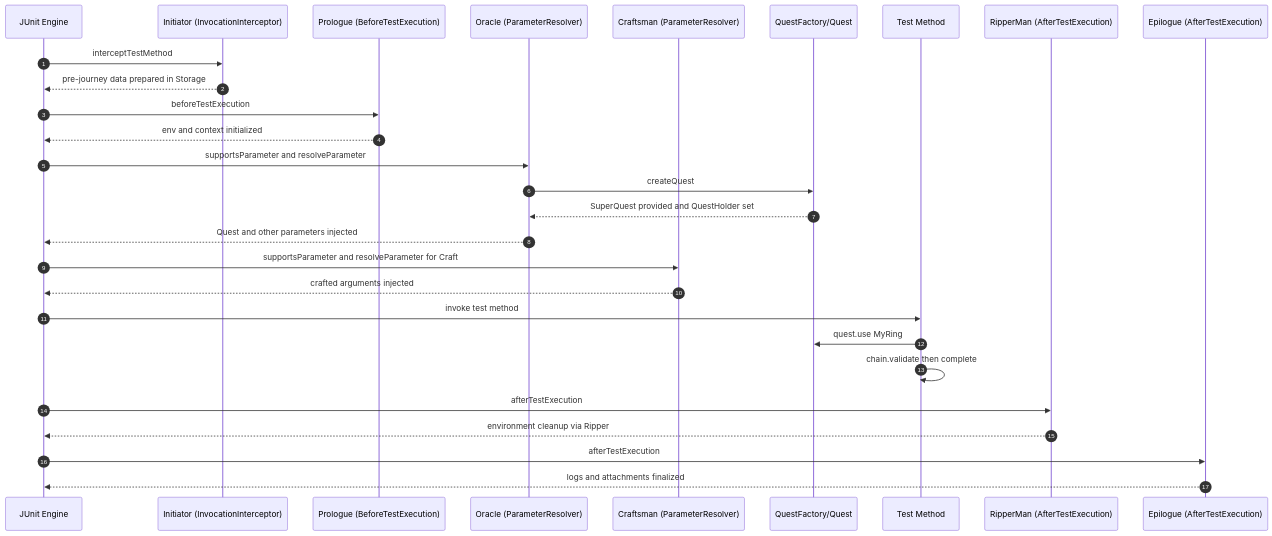
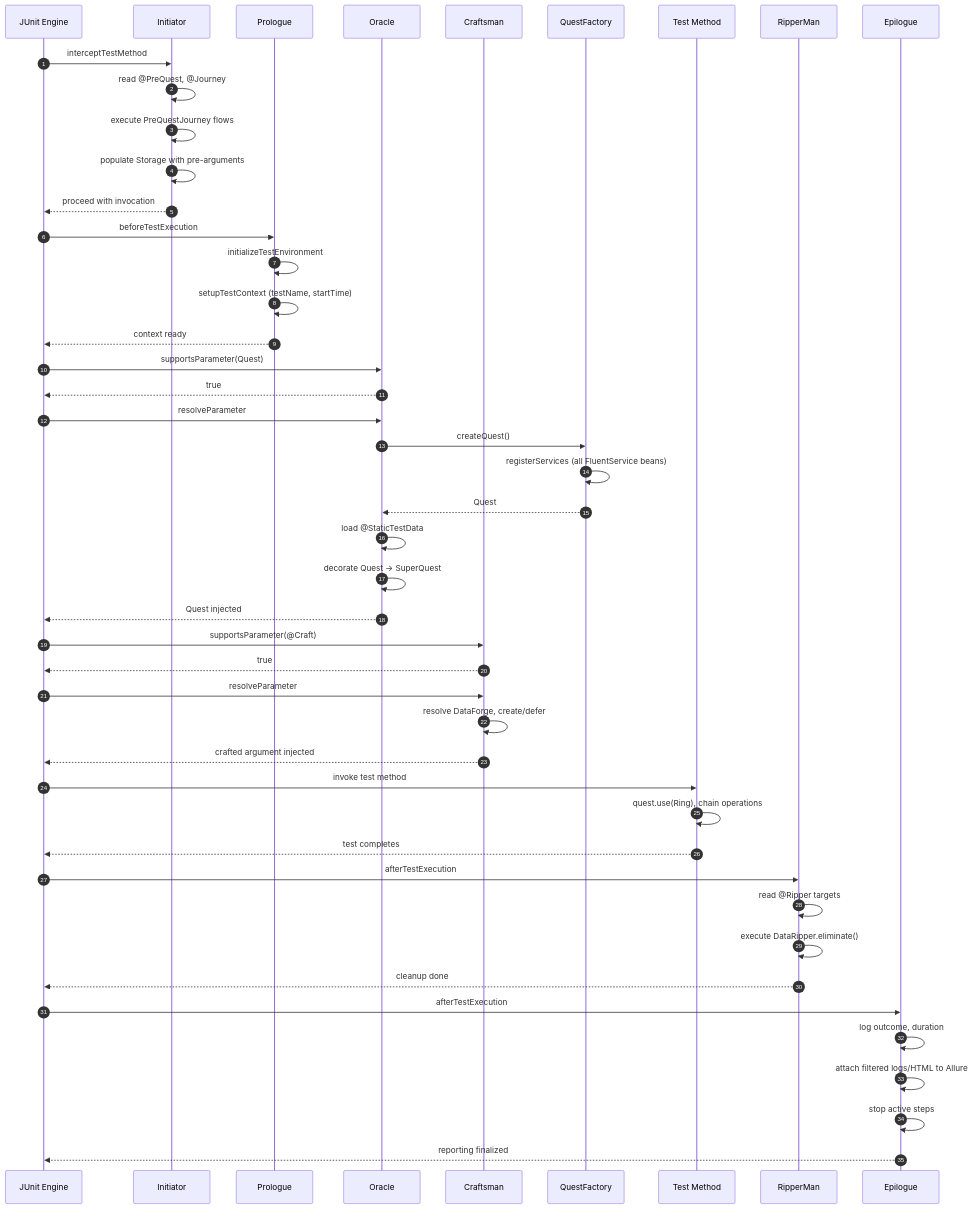
One commit to CyborgCodeSyndicate/roa-libraries changed the third of 3 diagrams in test-framework/README.md. Above: the diagram before and after it, drawn with Mermaid. The commit also changed other lines of this file, not shown here.

````diff
--- a/test-framework/README.md
+++ b/test-framework/README.md
@@ -387,30 +188,55 @@
 ```mermaid
 sequenceDiagram
-  autonumber
-  participant J as JUnit Engine
-  participant I as Initiator (InvocationInterceptor)
-  participant P as Prologue (BeforeTestExecution)
-  participant O as Oracle (ParameterResolver)
-  participant C as Craftsman (ParameterResolver)
-  participant F as QuestFactory/Quest
-  participant T as Test Method
-  participant R as RipperMan (AfterTestExecution)
-  participant E as Epilogue (AfterTestExecution)
-  J->>I: interceptTestMethod
-  I-->>J: pre-journey data prepared in Storage
-  J->>P: beforeTestExecution
-  P-->>J: env and context initialized
-  J->>O: supportsParameter and resolveParameter
-  O->>F: createQuest
-  F-->>O: SuperQuest provided and QuestHolder set
-  O-->>J: Quest and other parameters injected
-  J->>C: supportsParameter and resolveParameter for Craft
-  C-->>J: crafted arguments injected
-  J->>T: invoke test method
-  T->>F: quest.use MyRing
-  T->>T: chain.validate then complete
-  J->>R: afterTestExecution
-  R-->>J: environment cleanup via Ripper
-  J->>E: afterTestExecution
-  E-->>J: logs and attachments finalized
+    autonumber
+    participant JUnit as JUnit Engine
+    participant Init as Initiator
+    participant Prol as Prologue
+    participant Orac as Oracle
+    participant Craft as Craftsman
+    participant Factory as QuestFactory
+    participant Test as Test Method
+    participant Rip as RipperMan
+    participant Epi as Epilogue
+
+    JUnit->>Init: interceptTestMethod
+    Init->>Init: read @PreQuest, @Journey
+    Init->>Init: execute PreQuestJourney flows
+    Init->>Init: populate Storage with pre-arguments
+    Init-->>JUnit: proceed with invocation
+    
+    JUnit->>Prol: beforeTestExecution
+    Prol->>Prol: initializeTestEnvironment
+    Prol->>Prol: setupTestContext (testName, startTime)
+    Prol-->>JUnit: context ready
+    
+    JUnit->>Orac: supportsParameter(Quest)
+    Orac-->>JUnit: true
+    JUnit->>Orac: resolveParameter
+    Orac->>Factory: createQuest()
+    Factory->>Factory: registerServices (all FluentService beans)
+    Factory-->>Orac: Quest
+    Orac->>Orac: load @StaticTestData
+    Orac->>Orac: decorate Quest -> SuperQuest
+    Orac-->>JUnit: Quest injected
+    
+    JUnit->>Craft: supportsParameter(@Craft)
+    Craft-->>JUnit: true
+    JUnit->>Craft: resolveParameter
+    Craft->>Craft: resolve DataForge, create/defer
+    Craft-->>JUnit: crafted argument injected
+    
+    JUnit->>Test: invoke test method
+    Test->>Test: quest.use(Ring), chain operations
+    Test-->>JUnit: test completes
+    
+    JUnit->>Rip: afterTestExecution
+    Rip->>Rip: read @Ripper targets
+    Rip->>Rip: execute DataRipper.eliminate()
+    Rip-->>JUnit: cleanup done
+    
+    JUnit->>Epi: afterTestExecution
+    Epi->>Epi: log outcome, duration
+    Epi->>Epi: attach filtered logs/HTML to Allure
+    Epi->>Epi: stop active steps
+    Epi-->>JUnit: reporting finalized
 ```
````
